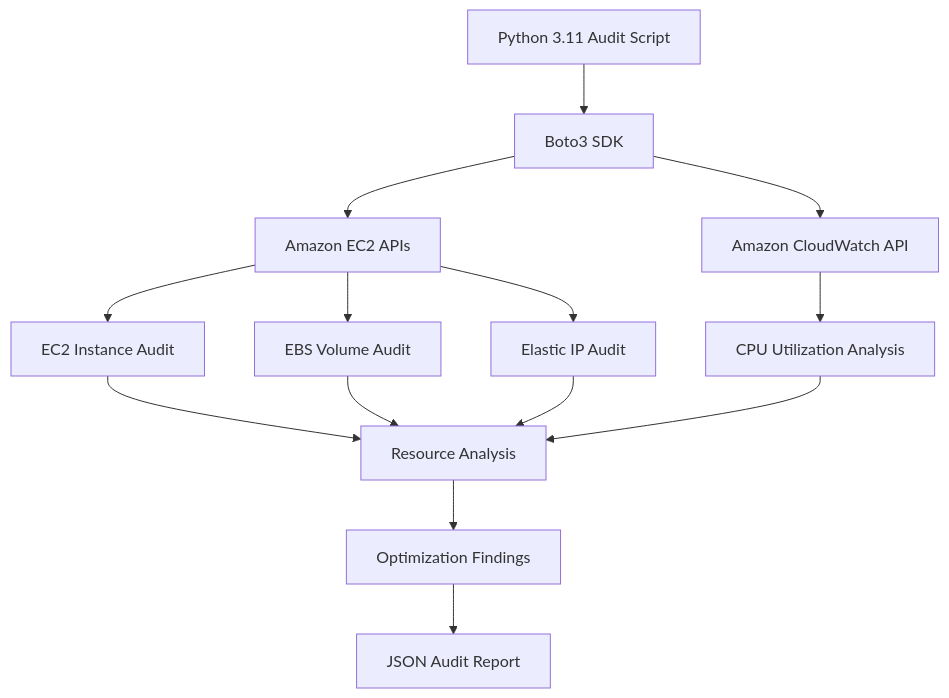
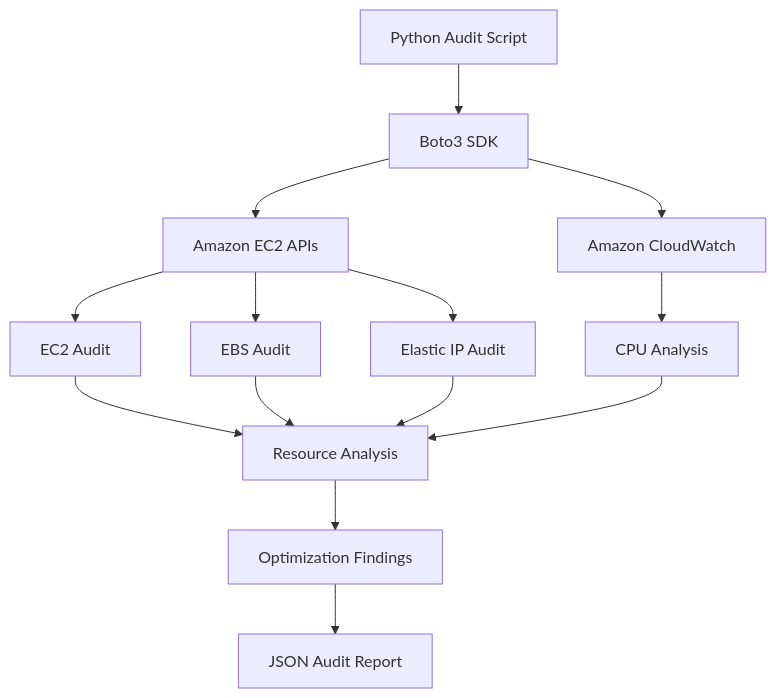
One commit to 718harini/aws-cost-optimization changed the diagram in README.md. Above: the diagram before and after it, drawn with Mermaid. The commit also changed other lines of this file, not shown here.

````diff
--- a/README.md
+++ b/README.md
@@ -41,20 +24,20 @@
 ```mermaid
 flowchart TD
-    A[Python 3.11 Audit Script] --> B[Boto3 SDK]
+    A[Python Audit Script] --> B[Boto3 SDK]
     B --> C[Amazon EC2 APIs]
-    B --> D[Amazon CloudWatch API]
+    B --> D[Amazon CloudWatch]
 
-    C --> E[EC2 Instance Audit]
-    C --> F[EBS Volume Audit]
+    C --> E[EC2 Audit]
+    C --> F[EBS Audit]
     C --> G[Elastic IP Audit]
 
-    D --> H[CPU Utilization Analysis]
+    D --> H[CPU Analysis]
 
     E --> I[Resource Analysis]
     F --> I
     G --> I
     H --> I
 
     I --> J[Optimization Findings]
     J --> K[JSON Audit Report]
 ```
````
